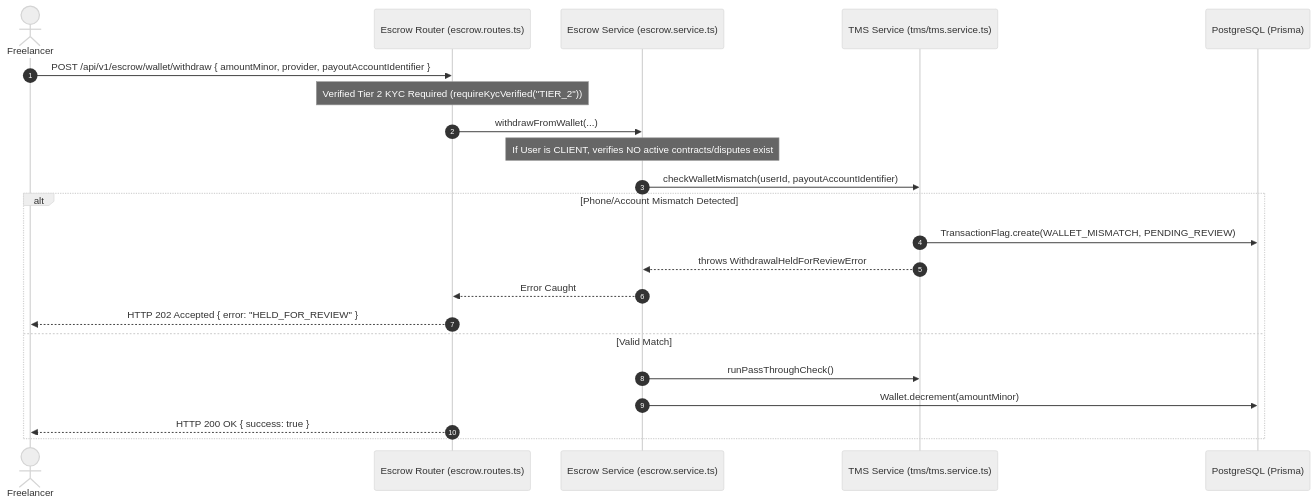
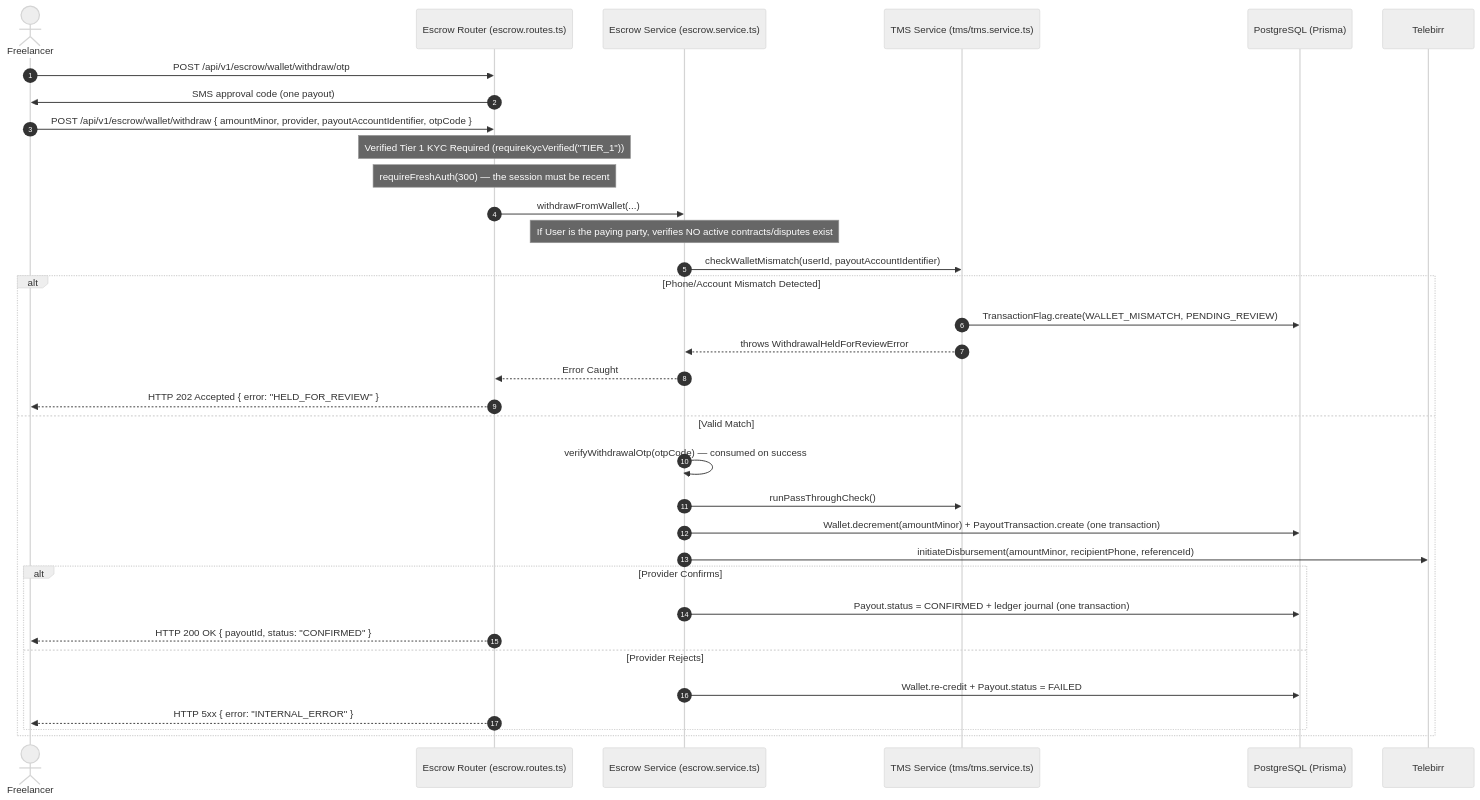
Diagram 15 of 24 in docs/SYSTEM_DESIGN.md (yonasmindaye04-sketch/Yekis), drawn with Mermaid (neutral theme) before and after one commit. The commit also changed other lines of this file and 3 other files, not shown here.

````diff
--- a/docs/SYSTEM_DESIGN.md
+++ b/docs/SYSTEM_DESIGN.md
@@ -1031,25 +1043,36 @@
 ```mermaid
 sequenceDiagram
     autonumber
     actor Freelancer
     participant API as Escrow Router (escrow.routes.ts)
     participant Service as Escrow Service (escrow.service.ts)
     participant TMS as TMS Service (tms/tms.service.ts)
     participant DB as PostgreSQL (Prisma)
 
-    Freelancer->>API: POST /api/v1/escrow/wallet/withdraw { amountMinor, provider, payoutAccountIdentifier }
-    Note over API: Verified Tier 2 KYC Required (requireKycVerified("TIER_2"))
+    Freelancer->>API: POST /api/v1/escrow/wallet/withdraw/otp
+    API->>Freelancer: SMS approval code (one payout)
+    Freelancer->>API: POST /api/v1/escrow/wallet/withdraw { amountMinor, provider, payoutAccountIdentifier, otpCode }
+    Note over API: Verified Tier 1 KYC Required (requireKycVerified("TIER_1"))
+    Note over API: requireFreshAuth(300) — the session must be recent
     API->>Service: withdrawFromWallet(...)
-    Note over Service: If User is CLIENT, verifies NO active contracts/disputes exist
+    Note over Service: If User is the paying party, verifies NO active contracts/disputes exist
     Service->>TMS: checkWalletMismatch(userId, payoutAccountIdentifier)
     alt Phone/Account Mismatch Detected
         TMS->>DB: TransactionFlag.create(WALLET_MISMATCH, PENDING_REVIEW)
         TMS-->>Service: throws WithdrawalHeldForReviewError
         Service-->>API: Error Caught
         API-->>Freelancer: HTTP 202 Accepted { error: "HELD_FOR_REVIEW" }
     else Valid Match
+        Service->>Service: verifyWithdrawalOtp(otpCode) — consumed on success
         Service->>TMS: runPassThroughCheck()
-        Service->>DB: Wallet.decrement(amountMinor)
-        API-->>Freelancer: HTTP 200 OK { success: true }
+        Service->>DB: Wallet.decrement(amountMinor) + PayoutTransaction.create (one transaction)
+        Service->>Telebirr: initiateDisbursement(amountMinor, recipientPhone, referenceId)
+        alt Provider Confirms
+            Service->>DB: Payout.status = CONFIRMED + ledger journal (one transaction)
+            API-->>Freelancer: HTTP 200 OK { payoutId, status: "CONFIRMED" }
+        else Provider Rejects
+            Service->>DB: Wallet.re-credit + Payout.status = FAILED
+            API-->>Freelancer: HTTP 5xx { error: "INTERNAL_ERROR" }
+        end
     end
 ```
````
